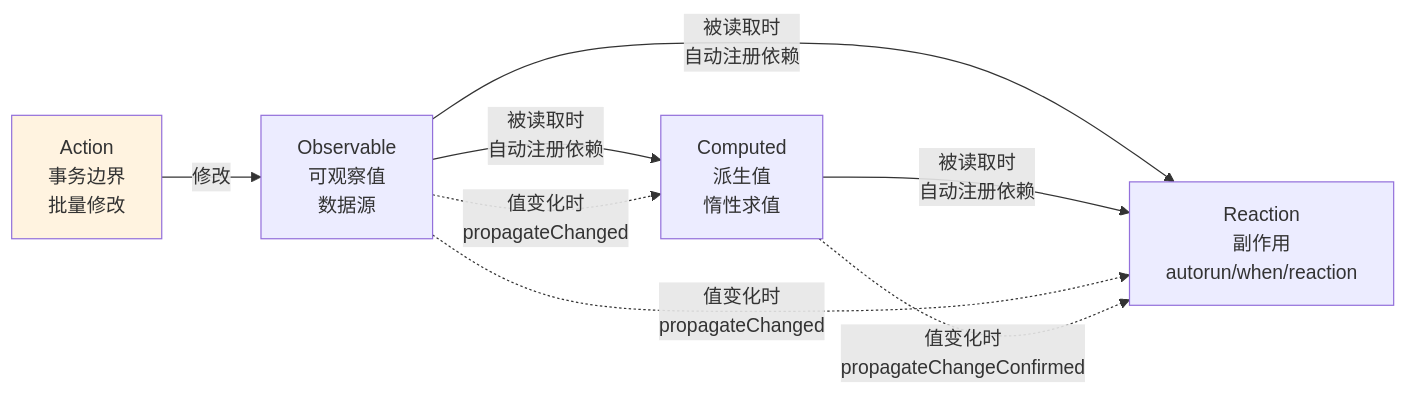
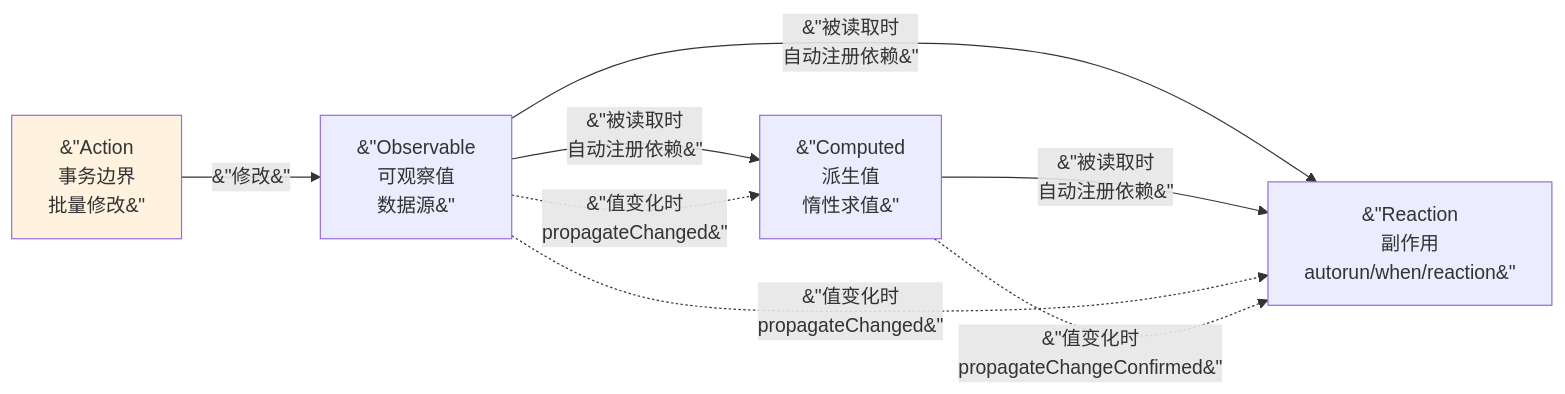
One commit to toly1994328/toly1994328.github.io changed the third of 7 diagrams in src/content/blog/06-mobx-source-analysis.md. Above: the diagram before and after it, drawn with Mermaid. The commit also changed other lines of this file and 7 other files, not shown here.

````diff
--- a/src/content/blog/06-mobx-source-analysis.md
+++ b/src/content/blog/06-mobx-source-analysis.md
@@ -195,17 +198,17 @@
 ```mermaid
 graph LR
-    Action["Action<br/>事务边界<br/>批量修改"]
-    Observable["Observable<br/>可观察值<br/>数据源"]
-    Computed["Computed<br/>派生值<br/>惰性求值"]
-    Reaction["Reaction<br/>副作用<br/>autorun/when/reaction"]
+    Action[&#34;Action<br/>事务边界<br/>批量修改&#34;]
+    Observable[&#34;Observable<br/>可观察值<br/>数据源&#34;]
+    Computed[&#34;Computed<br/>派生值<br/>惰性求值&#34;]
+    Reaction[&#34;Reaction<br/>副作用<br/>autorun/when/reaction&#34;]
 
-    Action -->|"修改"| Observable
-    Observable -->|"被读取时<br/>自动注册依赖"| Computed
-    Observable -->|"被读取时<br/>自动注册依赖"| Reaction
-    Computed -->|"被读取时<br/>自动注册依赖"| Reaction
-    Observable -.->|"值变化时<br/>propagateChanged"| Computed
-    Observable -.->|"值变化时<br/>propagateChanged"| Reaction
-    Computed -.->|"值变化时<br/>propagateChangeConfirmed"| Reaction
+    Action -->|&#34;修改&#34;| Observable
+    Observable -->|&#34;被读取时<br/>自动注册依赖&#34;| Computed
+    Observable -->|&#34;被读取时<br/>自动注册依赖&#34;| Reaction
+    Computed -->|&#34;被读取时<br/>自动注册依赖&#34;| Reaction
+    Observable -.->|&#34;值变化时<br/>propagateChanged&#34;| Computed
+    Observable -.->|&#34;值变化时<br/>propagateChanged&#34;| Reaction
+    Computed -.->|&#34;值变化时<br/>propagateChangeConfirmed&#34;| Reaction
 
     style Action fill:#fff3e0
 ```
````
